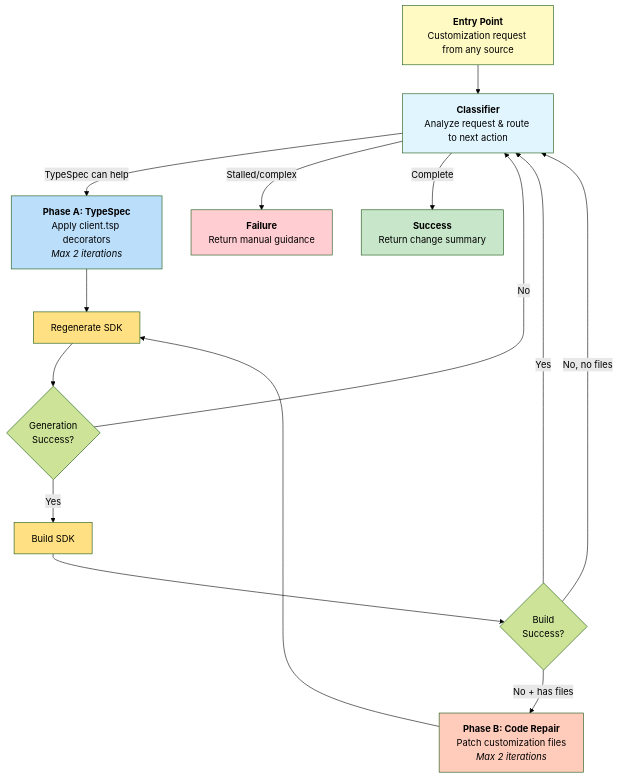
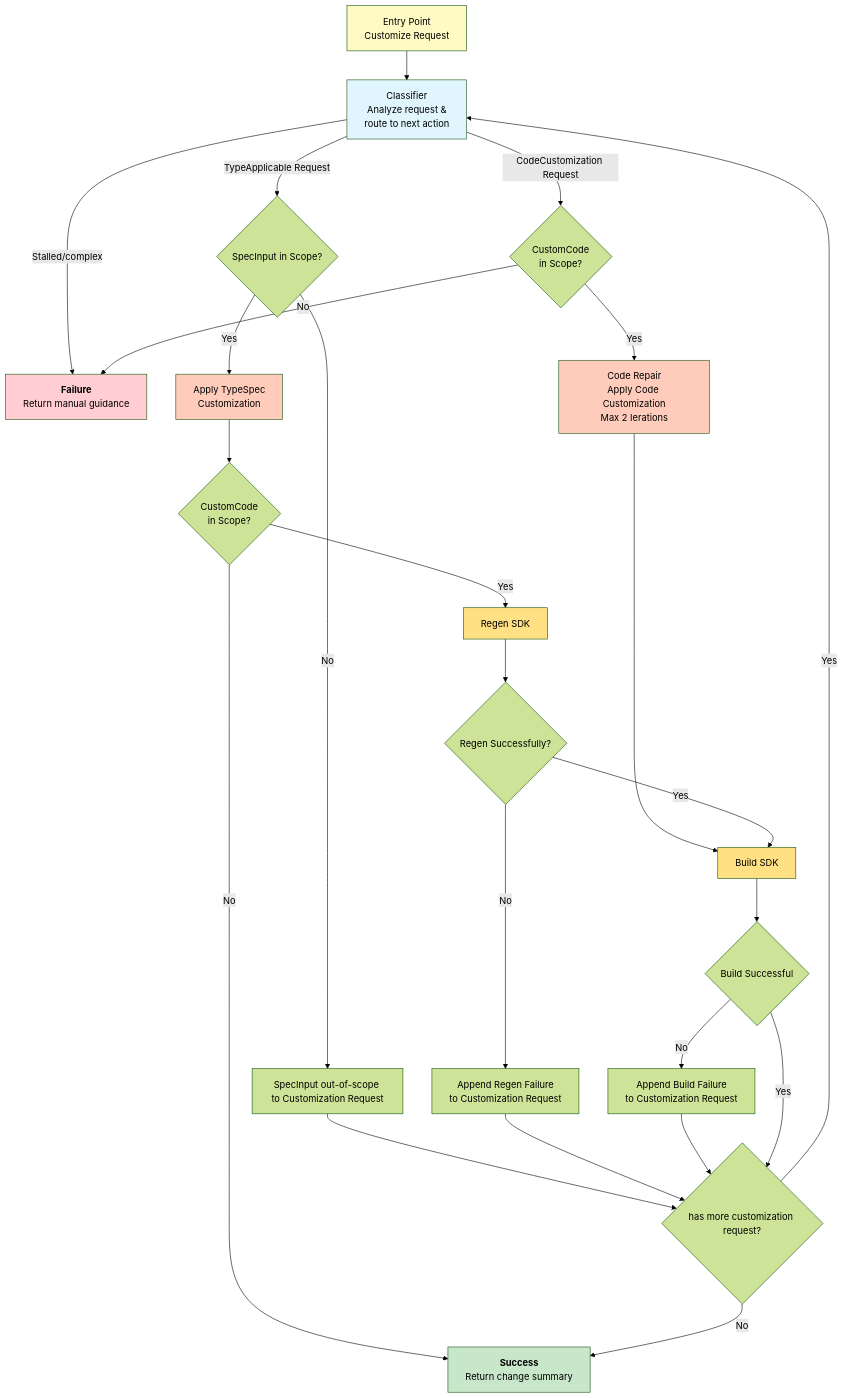
The diagram in tools/azsdk-cli/docs/specs/3-customizing-client-tsp.spec.md (Azure/azure-sdk-tools), drawn with Mermaid (forest theme) before and after one commit. The commit also changed other lines of this file, not shown here.

Commit message:
update spec to include edit-scope mode

````diff
--- a/tools/azsdk-cli/docs/specs/3-customizing-client-tsp.spec.md
+++ b/tools/azsdk-cli/docs/specs/3-customizing-client-tsp.spec.md
@@ -177,35 +190,45 @@
 ```mermaid
 flowchart TD
-    Entry[<b>Entry Point</b><br/>Customization request from any source]
-    Entry --> Classify
 
-    Classify[<b>Classifier</b><br/>Analyze request & route to next action<br/>]
-    Classify -->|TypeSpec can help| PhaseA
-    Classify -->|Stalled/complex| Failure
-    Classify -->|Complete| Success
+Entry["Entry Point<br/>Customize Request"] --> Classify["Classifier<br/>Analyze request &<br/>route to next action"]
 
-    PhaseA[<b>Phase A: TypeSpec</b><br/>Apply client.tsp decorators<br/><i>Max 2 iterations</i>]
-    PhaseA --> Regen[Regenerate SDK]
+Classify -- Stalled/complex --> Failure
+Classify -- TypeApplicable Request --> SpecInputInScope{SpecInput in Scope?}
+Classify -- CodeCustomization Request --> CustomCodeInSope
+CustomCodeInSope --Yes --> CodeCustomization["Code Repair<br/>Apply Code Customization</br>Max 2 Ierations"]
+CustomCodeInSope --No --> Failure
 
-    Regen --> RegenOK{Generation<br/>Success?}
-    RegenOK -->|No| Classify
-    RegenOK -->|Yes| Build[Build SDK]
+CodeCustomization --> Build
+SpecInputInScope -- No --> AppendSpecInputOutofScope["SpecInput out-of-scope to Customization Request"]
+AppendSpecInputOutofScope --> M
+SpecInputInScope -- Yes --> ApplyTypespecCustomization["Apply TypeSpec<br/>Customization"]
+ApplyTypespecCustomization --> CustomCodeInSopeForSpec
+CustomCodeInSopeForSpec -- No --> Success
+CustomCodeInSopeForSpec -- Yes --> Regen[Regen SDK]
+Regen --> RegenOK{Regen Successfully?}
+RegenOK -- Yes --> Build[Build SDK]
+RegenOK -- No --> AppendRegenFailure["Append Regen Failure<br/>to Customization Request"]
+AppendRegenFailure --> M{has more customization request?}
+Build --> BuildOK{Build Successful}
+BuildOK -- No --> AppendBuildFailure["Append Build Failure<br/>to Customization Request"]
+AppendBuildFailure --> M
+BuildOK -- Yes --> M
+M -- No --> Success
+M -- Yes --> Classify
 
-    Build --> BuildOK{Build<br/>Success?}
-    BuildOK -->|Yes| Classify
-    BuildOK -->|No + has files| PhaseB[<b>Phase B: Code Repair</b><br/>Patch customization files<br/><i>Max 2 iterations</i>]
-    BuildOK -->|No, no files| Classify
-    PhaseB --> Regen
 
-    Success[<b>Success</b><br/>Return change summary]
-    Failure[<b>Failure</b><br/>Return manual guidance]
+Success[<b>Success</b><br/>Return change summary]
+Failure[<b>Failure</b><br/>Return manual guidance]
+CustomCodeInSope{CustomCode<br/>in Scope?}
+CustomCodeInSopeForSpec{CustomCode<br/>in Scope?}
 
-    style Entry fill:#fff9c4
-    style Classify fill:#e1f5fe
-    style PhaseA fill:#bbdefb
-    style PhaseB fill:#ffccbc
-    style Success fill:#c8e6c9
-    style Failure fill:#ffcdd2
-    style Regen fill:#ffe082
-    style Build fill:#ffe082
+style Entry fill:#fff9c4
+style Classify fill:#e1f5fe
+style Success fill:#c8e6c9
+style Failure fill:#ffcdd2
+style CodeCustomization fill:#ffccbc
+style ApplyTypespecCustomization fill:#ffccbc
+style Regen fill:#ffe082
+style Build fill:#ffe082
+
 ```
````
